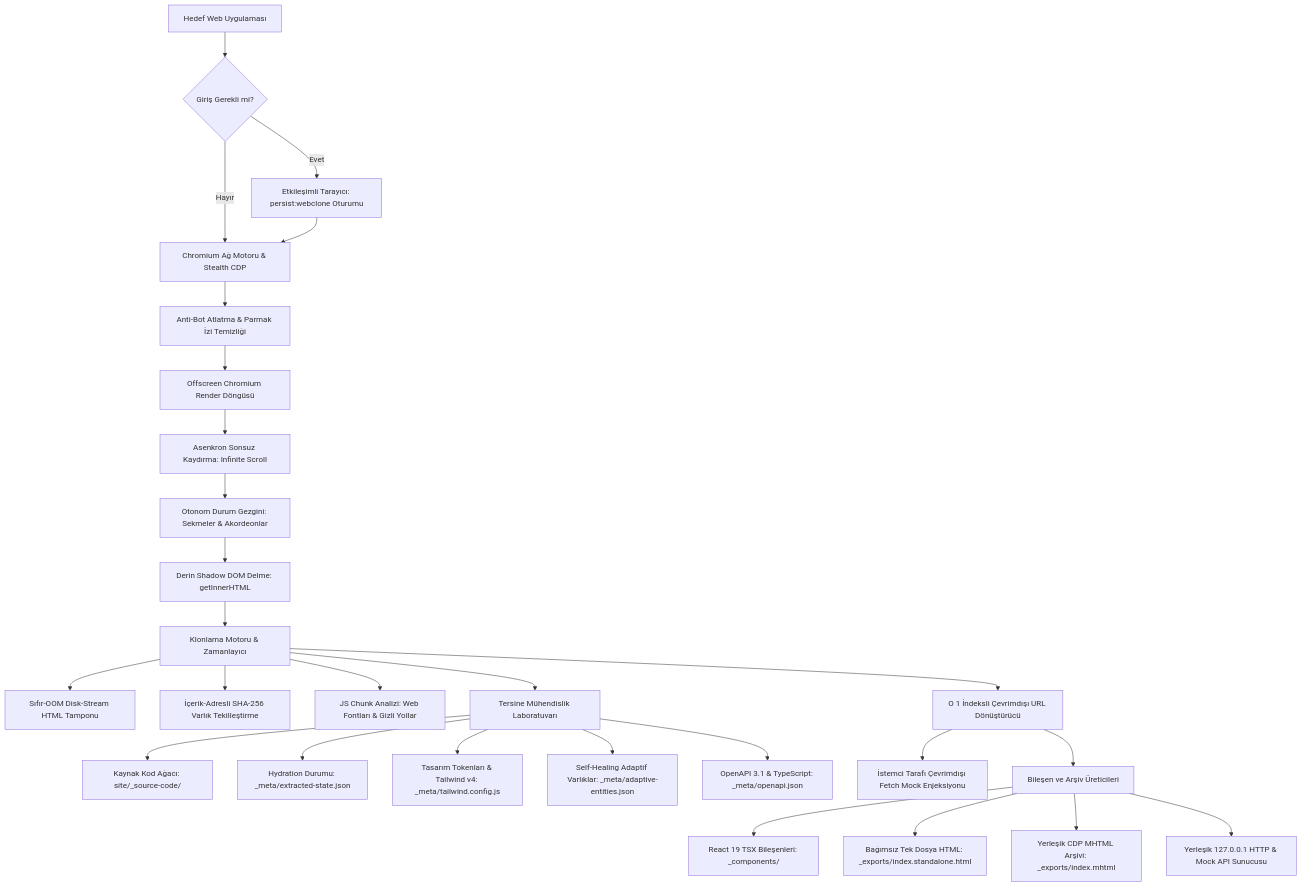
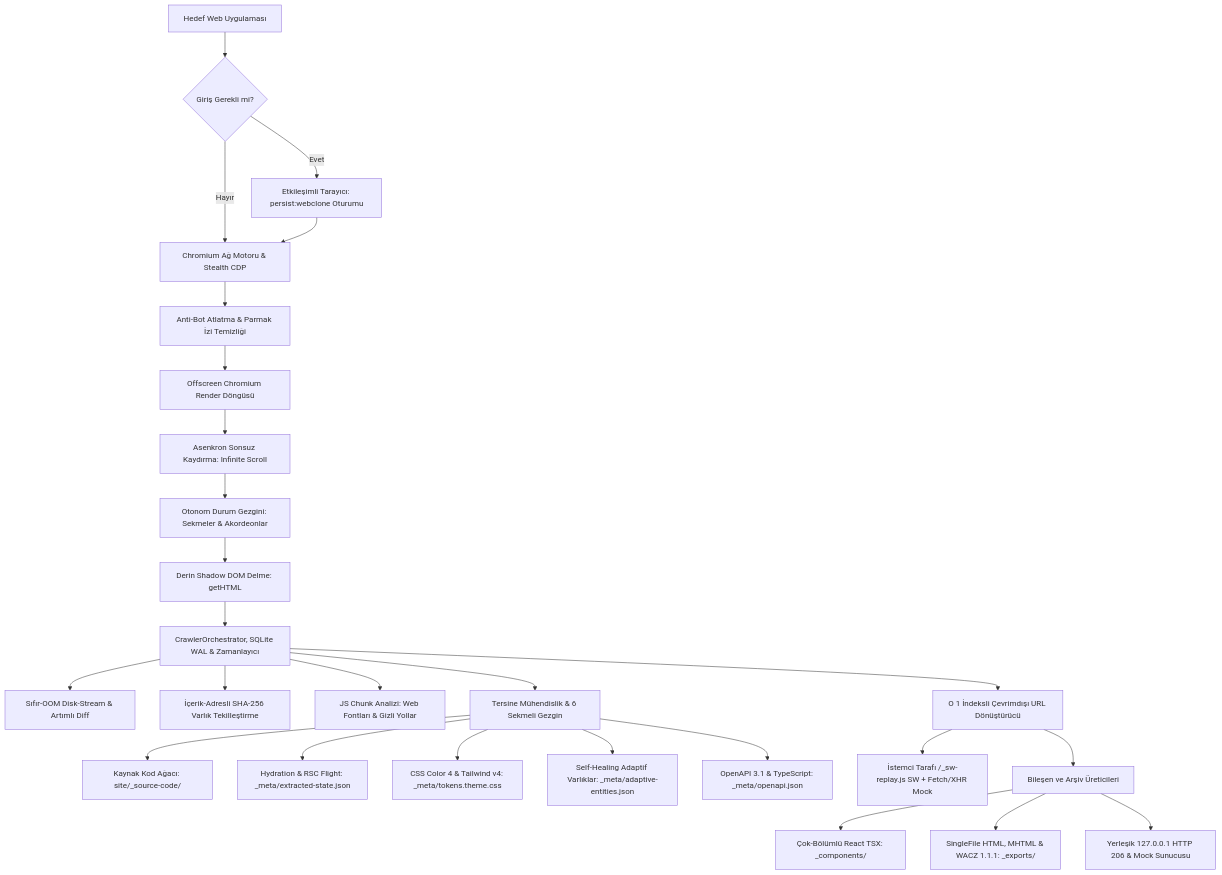
Before and after one commit to MonarchDevLab/WebClone-Studio: the second of 2 diagrams in README.md, drawn with Mermaid. The commit also changed other lines of this file and 18 other files, not shown here.

````diff
--- a/README.md
+++ b/README.md
@@ -345,35 +347,34 @@
 ```mermaid
 flowchart TD
     Hedef[Hedef Web Uygulaması] --> AuthKontrol{Giriş Gerekli mi?}
     AuthKontrol -- Evet --> AuthPencere[Etkileşimli Tarayıcı: persist:webclone Oturumu]
     AuthKontrol -- Hayır --> AgMotoru[Chromium Ağ Motoru & Stealth CDP]
     AuthPencere --> AgMotoru
 
     AgMotoru --> Atlatma[Anti-Bot Atlatma & Parmak İzi Temizliği]
     Atlatma --> RenderMotoru[Offscreen Chromium Render Döngüsü]
     RenderMotoru --> OtoKaydirma[Asenkron Sonsuz Kaydırma: Infinite Scroll]
     OtoKaydirma --> DurumGezgini[Otonom Durum Gezgini: Sekmeler & Akordeonlar]
-    DurumGezgini --> ShadowDelme[Derin Shadow DOM Delme: getInnerHTML]
+    DurumGezgini --> ShadowDelme[Derin Shadow DOM Delme: getHTML]
     
-    ShadowDelme --> Cekirdek[Klonlama Motoru & Zamanlayıcı]
+    ShadowDelme --> Cekirdek[CrawlerOrchestrator, SQLite WAL & Zamanlayıcı]
     
-    Cekirdek --> DiskAkisi[Sıfır-OOM Disk-Stream HTML Tamponu]
+    Cekirdek --> DiskAkisi[Sıfır-OOM Disk-Stream & Artımlı Diff]
     Cekirdek --> Tekillestirme[İçerik-Adresli SHA-256 Varlık Tekilleştirme]
     Cekirdek --> Obfuscation[JS Chunk Analizi: Web Fontları & Gizli Yollar]
     
-    Cekirdek --> Lab[Tersine Mühendislik Laboratuvarı]
+    Cekirdek --> Lab[Tersine Mühendislik & 6 Sekmeli Gezgin]
     Lab --> SourceMap[Kaynak Kod Ağacı: site/_source-code/]
-    Lab --> Hydration[Hydration Durumu: _meta/extracted-state.json]
-    Lab --> Tokens[Tasarım Tokenları & Tailwind v4: _meta/tailwind.config.js]
+    Lab --> Hydration[Hydration & RSC Flight: _meta/extracted-state.json]
+    Lab --> Tokens[CSS Color 4 & Tailwind v4: _meta/tokens.theme.css]
     Lab --> AdaptifVarlik[Self-Healing Adaptif Varlıklar: _meta/adaptive-entities.json]
     Lab --> ApiSozlesme[OpenAPI 3.1 & TypeScript: _meta/openapi.json]
     
     Cekirdek --> Rewriter[O 1 İndeksli Çevrimdışı URL Dönüştürücü]
-    Rewriter --> FetchMock[İstemci Tarafı Çevrimdışı Fetch Mock Enjeksiyonu]
+    Rewriter --> FetchMock[İstemci Tarafı /_sw-replay.js SW + Fetch/XHR Mock]
     
     Rewriter --> Ureticiler[Bileşen ve Arşiv Üreticileri]
-    Ureticiler --> ReactBilesen[React 19 TSX Bileşenleri: _components/]
-    Ureticiler --> TekDosya[Bağımsız Tek Dosya HTML: _exports/index.standalone.html]
-    Ureticiler --> MhtmlArsiv[Yerleşik CDP MHTML Arşivi: _exports/index.mhtml]
-    Ureticiler --> Onizleme[Yerleşik 127.0.0.1 HTTP & Mock API Sunucusu]
+    Ureticiler --> ReactBilesen[Çok-Bölümlü React TSX: _components/]
+    Ureticiler --> TekDosya[SingleFile HTML, MHTML & WACZ 1.1.1: _exports/]
+    Ureticiler --> Onizleme[Yerleşik 127.0.0.1 HTTP 206 & Mock Sunucusu]
 ```
````
